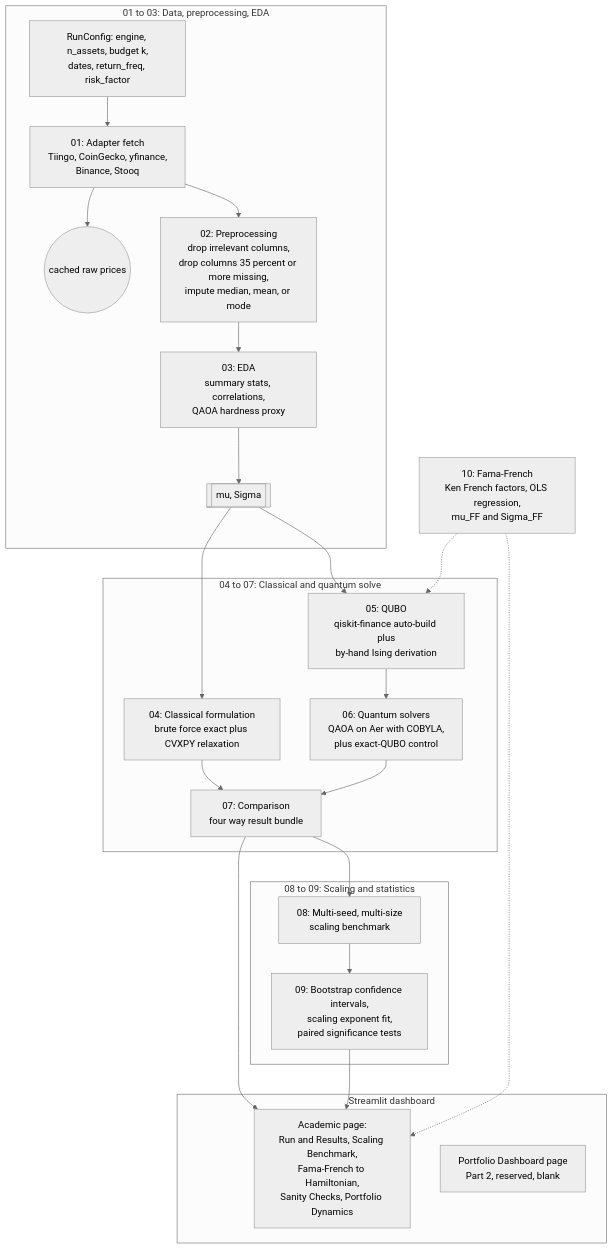
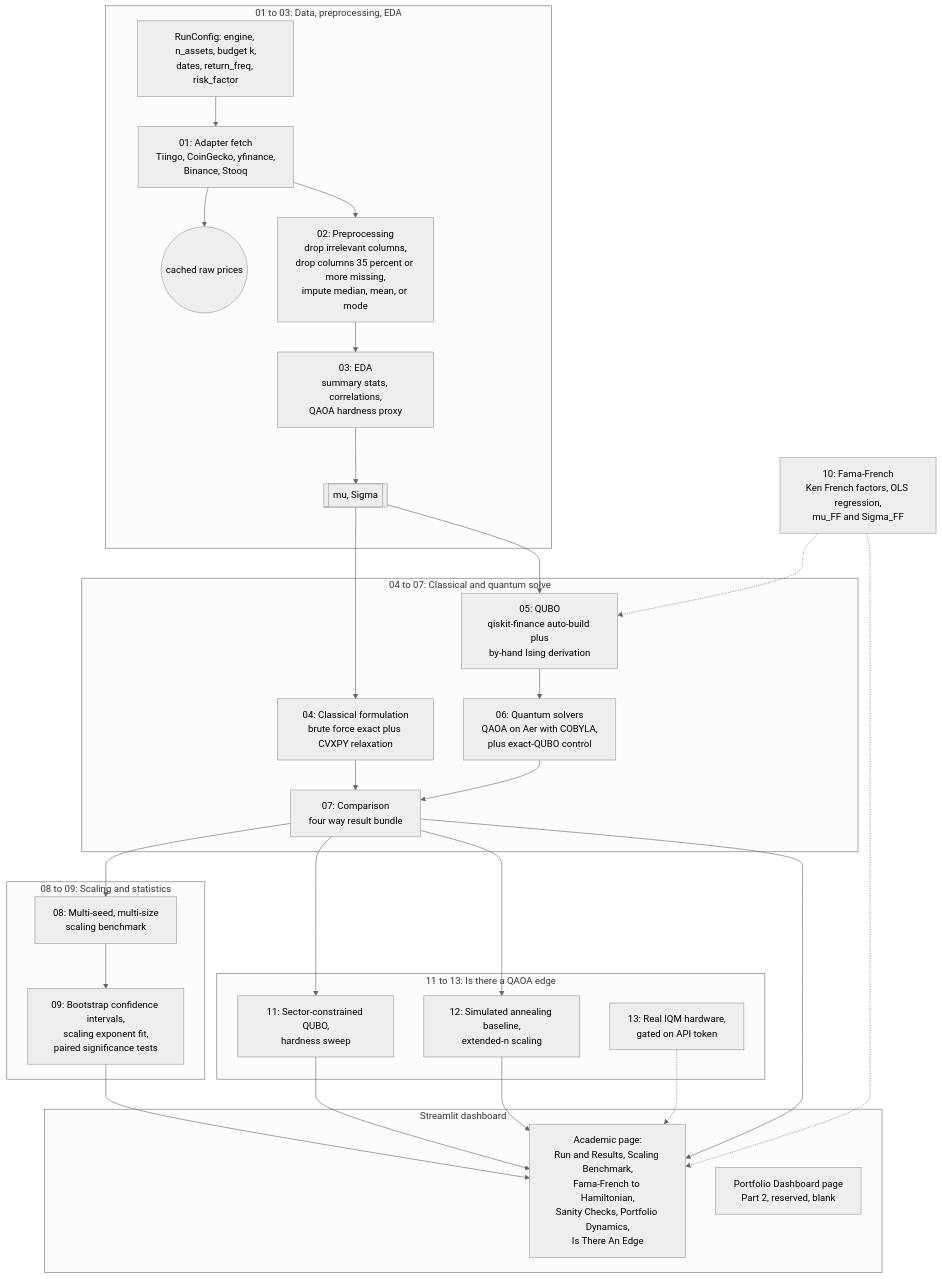
One commit to neelbarve/QAOA-Portfolio-Academic-Exploration changed the diagram in README.md. Above: the diagram before and after it, drawn with Mermaid (neutral theme). The commit also changed other lines of this file and 11 other files, not shown here.

````diff
--- a/README.md
+++ b/README.md
@@ -115,47 +115,58 @@
 ```mermaid
 flowchart TD
     subgraph S1["01 to 03: Data, preprocessing, EDA"]
         A["RunConfig: engine, n_assets, budget k,<br/>dates, return_freq, risk_factor"]
         B["01: Adapter fetch<br/>Tiingo, CoinGecko, yfinance,<br/>Binance, Stooq"]
         C(("cached raw prices"))
         D["02: Preprocessing<br/>drop irrelevant columns,<br/>drop columns 35 percent or more missing,<br/>impute median, mean, or mode"]
         E["03: EDA<br/>summary stats, correlations,<br/>QAOA hardness proxy"]
         F[["mu, Sigma"]]
         A --> B
         B --> C
         B --> D
         D --> E
         E --> F
     end
 
     subgraph S2["04 to 07: Classical and quantum solve"]
         G["04: Classical formulation<br/>brute force exact plus CVXPY relaxation"]
         H["05: QUBO<br/>qiskit-finance auto-build plus<br/>by-hand Ising derivation"]
         I["06: Quantum solvers<br/>QAOA on Aer with COBYLA,<br/>plus exact-QUBO control"]
         J["07: Comparison<br/>four way result bundle"]
         H --> I
         G --> J
         I --> J
     end
 
     subgraph S3["08 to 09: Scaling and statistics"]
         K["08: Multi-seed, multi-size<br/>scaling benchmark"]
         L["09: Bootstrap confidence intervals,<br/>scaling exponent fit,<br/>paired significance tests"]
         K --> L
     end
 
+    subgraph S5["11 to 13: Is there a QAOA edge"]
+        Q["11: Sector-constrained QUBO,<br/>hardness sweep"]
+        R["12: Simulated annealing baseline,<br/>extended-n scaling"]
+        T["13: Real IQM hardware,<br/>gated on API token"]
+    end
+
     subgraph S4["Streamlit dashboard"]
-        M["Academic page:<br/>Run and Results, Scaling Benchmark,<br/>Fama-French to Hamiltonian,<br/>Sanity Checks, Portfolio Dynamics"]
+        M["Academic page:<br/>Run and Results, Scaling Benchmark,<br/>Fama-French to Hamiltonian,<br/>Sanity Checks, Portfolio Dynamics,<br/>Is There An Edge"]
         P["Portfolio Dashboard page<br/>Part 2, reserved, blank"]
     end
 
     N["10: Fama-French<br/>Ken French factors, OLS regression,<br/>mu_FF and Sigma_FF"]
 
     F --> G
     F --> H
     N -.-> H
     J --> K
+    J --> Q
+    J --> R
     J --> M
     L --> M
     N -.-> M
+    Q --> M
+    R --> M
+    T -.-> M
 ```
````
